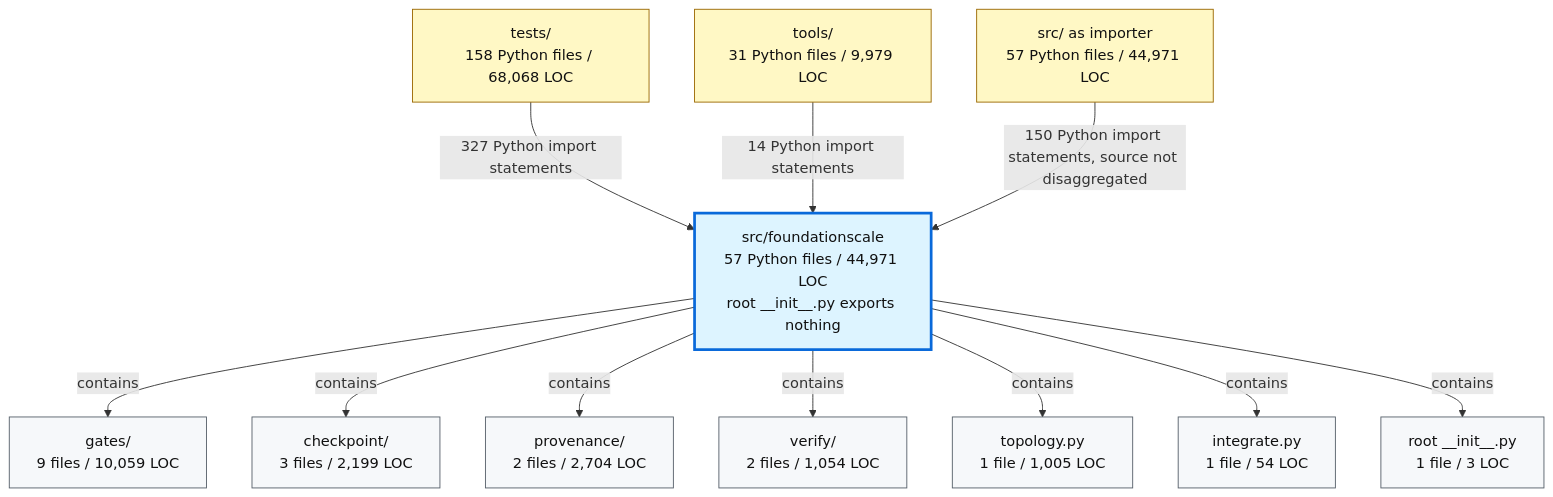
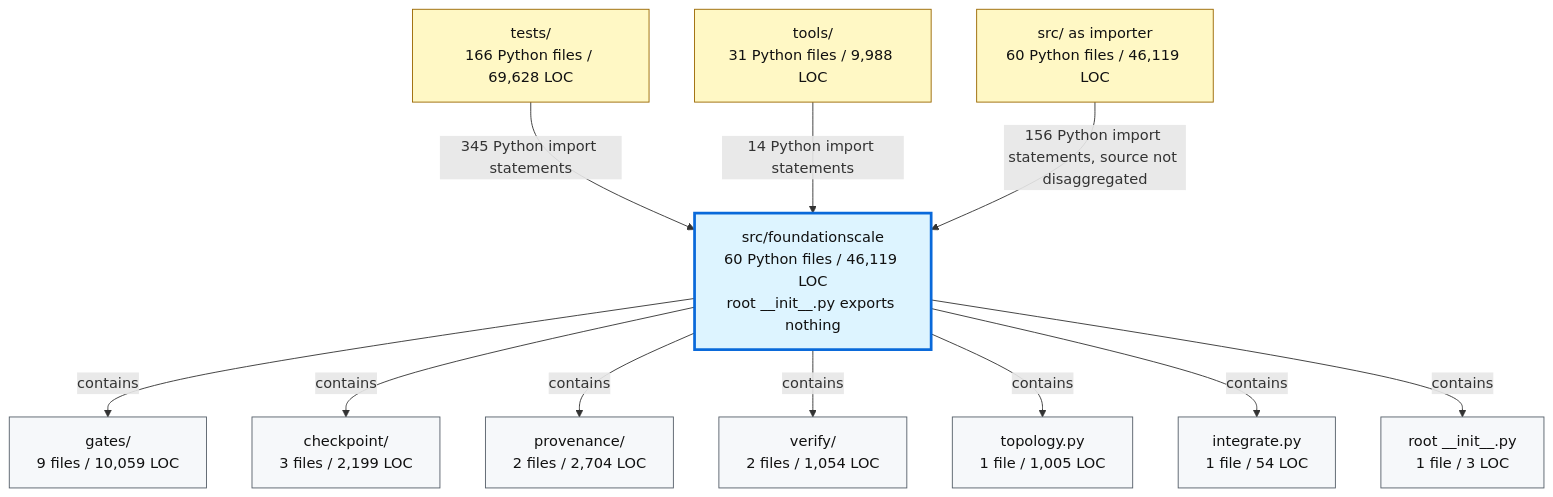
The second of 2 diagrams in docs/review/D2_current_architecture.md (TranNhiem/FoundationScale), drawn with Mermaid before and after one commit. The commit also changed other lines of this file and 36 other files, not shown here.

````diff
--- a/docs/review/D2_current_architecture.md
+++ b/docs/review/D2_current_architecture.md
@@ -97,36 +97,36 @@
 ```mermaid
 flowchart TB
-  TESTS["tests/<br/>158 Python files / 68,068 LOC"]
-  TOOLS["tools/<br/>31 Python files / 9,979 LOC"]
-  SRC["src/ as importer<br/>57 Python files / 44,971 LOC"]
+  TESTS["tests/<br/>166 Python files / 69,628 LOC"]
+  TOOLS["tools/<br/>31 Python files / 9,988 LOC"]
+  SRC["src/ as importer<br/>60 Python files / 46,119 LOC"]
 
-  FS["src/foundationscale<br/>57 Python files / 44,971 LOC<br/>root __init__.py exports nothing"]
+  FS["src/foundationscale<br/>60 Python files / 46,119 LOC<br/>root __init__.py exports nothing"]
 
   GATES["gates/<br/>9 files / 10,059 LOC"]
   CKPT["checkpoint/<br/>3 files / 2,199 LOC"]
   PROV["provenance/<br/>2 files / 2,704 LOC"]
   VERIFY["verify/<br/>2 files / 1,054 LOC"]
   TOPO["topology.py<br/>1 file / 1,005 LOC"]
   INTEG["integrate.py<br/>1 file / 54 LOC"]
   ROOT["root __init__.py<br/>1 file / 3 LOC"]
 
-  TESTS -->|"327 Python import statements"| FS
+  TESTS -->|"345 Python import statements"| FS
   TOOLS -->|"14 Python import statements"| FS
-  SRC -->|"150 Python import statements, source not disaggregated"| FS
+  SRC -->|"156 Python import statements, source not disaggregated"| FS
 
   FS -->|"contains"| GATES
   FS -->|"contains"| CKPT
   FS -->|"contains"| PROV
   FS -->|"contains"| VERIFY
   FS -->|"contains"| TOPO
   FS -->|"contains"| INTEG
   FS -->|"contains"| ROOT
 
   classDef consumer fill:#fff8c5,stroke:#9a6700,color:#111;
   classDef package fill:#ddf4ff,stroke:#0969da,stroke-width:3px,color:#111;
   classDef module fill:#f6f8fa,stroke:#57606a,color:#111;
 
   class TESTS,TOOLS,SRC consumer;
   class FS package;
   class GATES,CKPT,PROV,VERIFY,TOPO,INTEG,ROOT module;
 ```
````
